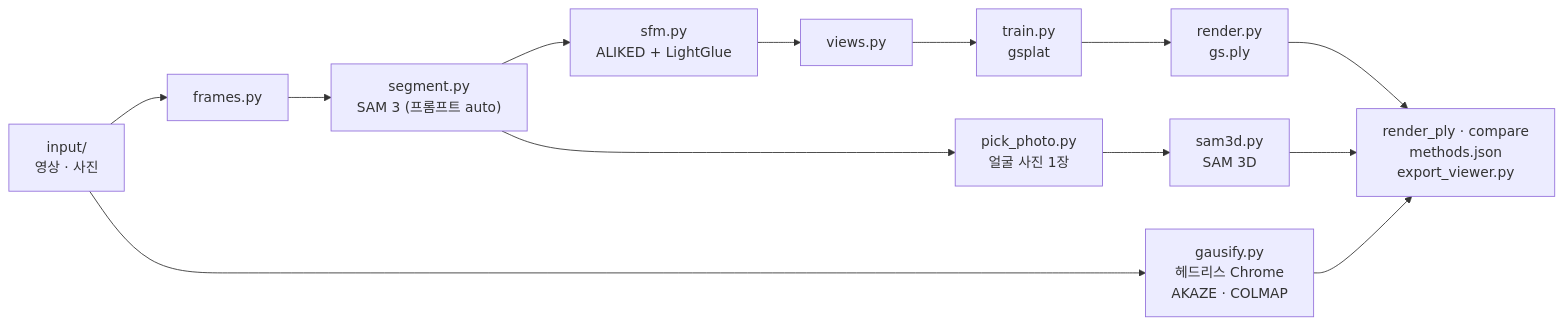
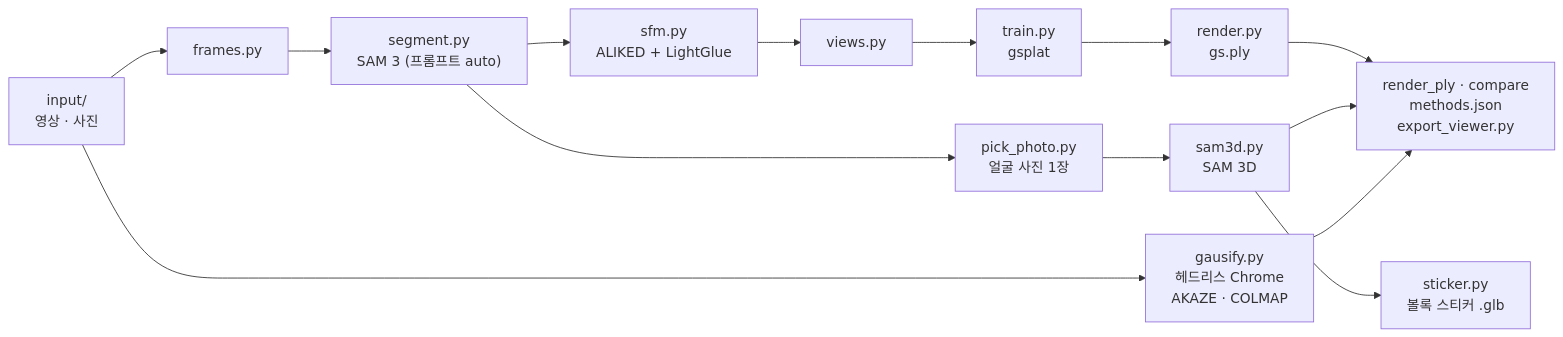
The diagram in pipeline/README.md (bloodmoon3929/goodmorning-3d), drawn with Mermaid before and after one commit. The commit also changed other lines of this file and 3 other files, not shown here.

First line of the commit message:
feat(pipeline) : SAM 3D 결과로 다꾸용 볼록 스티커(.glb) 만들기

````diff
--- a/pipeline/README.md
+++ b/pipeline/README.md
@@ -6,9 +6,10 @@
 ```mermaid
 flowchart LR
     i["input/<br/>영상 · 사진"] --> f["frames.py"] --> s["segment.py<br/>SAM 3 (프롬프트 auto)"] --> m["sfm.py<br/>ALIKED + LightGlue"] --> w["views.py"] --> t["train.py<br/>gsplat"] --> r["render.py<br/>gs.ply"]
     s --> p["pick_photo.py<br/>얼굴 사진 1장"] --> d["sam3d.py<br/>SAM 3D"]
     i --> g["gausify.py<br/>헤드리스 Chrome<br/>AKAZE · COLMAP"]
     r --> x["render_ply · compare<br/>methods.json<br/>export_viewer.py"]
     d --> x
     g --> x
+    d --> k["sticker.py<br/>볼록 스티커 .glb"]
 ```
````
